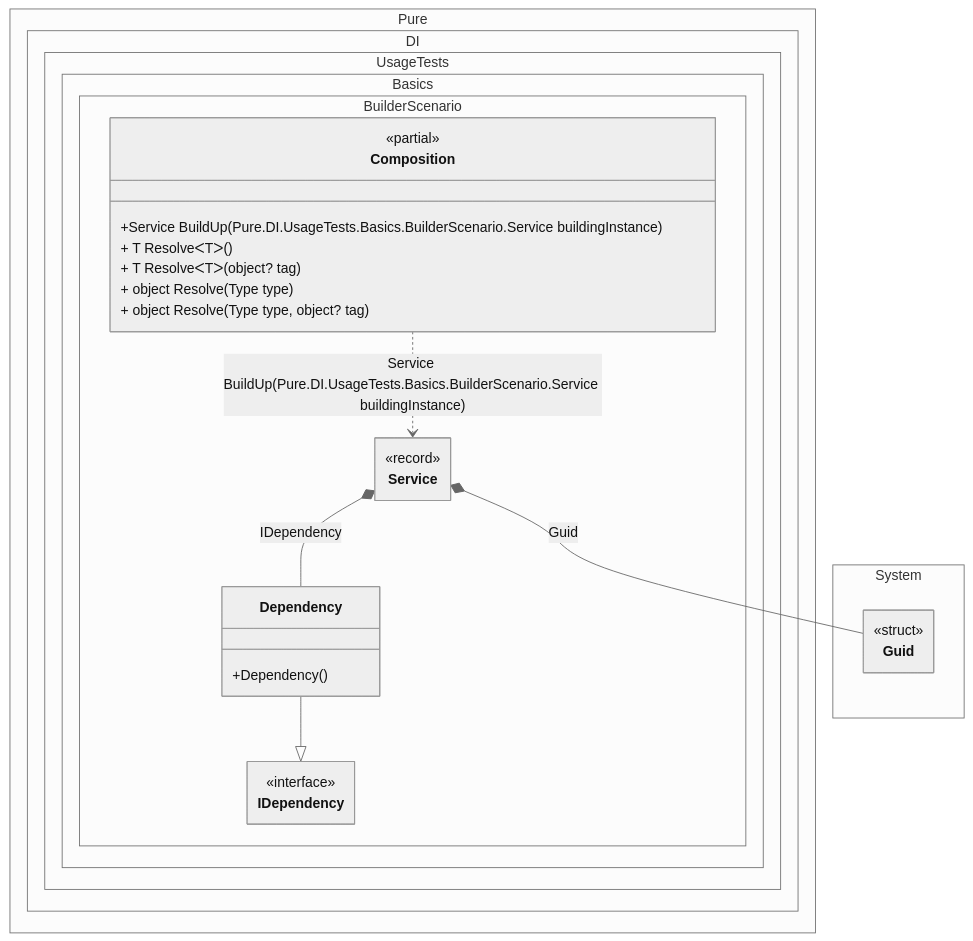
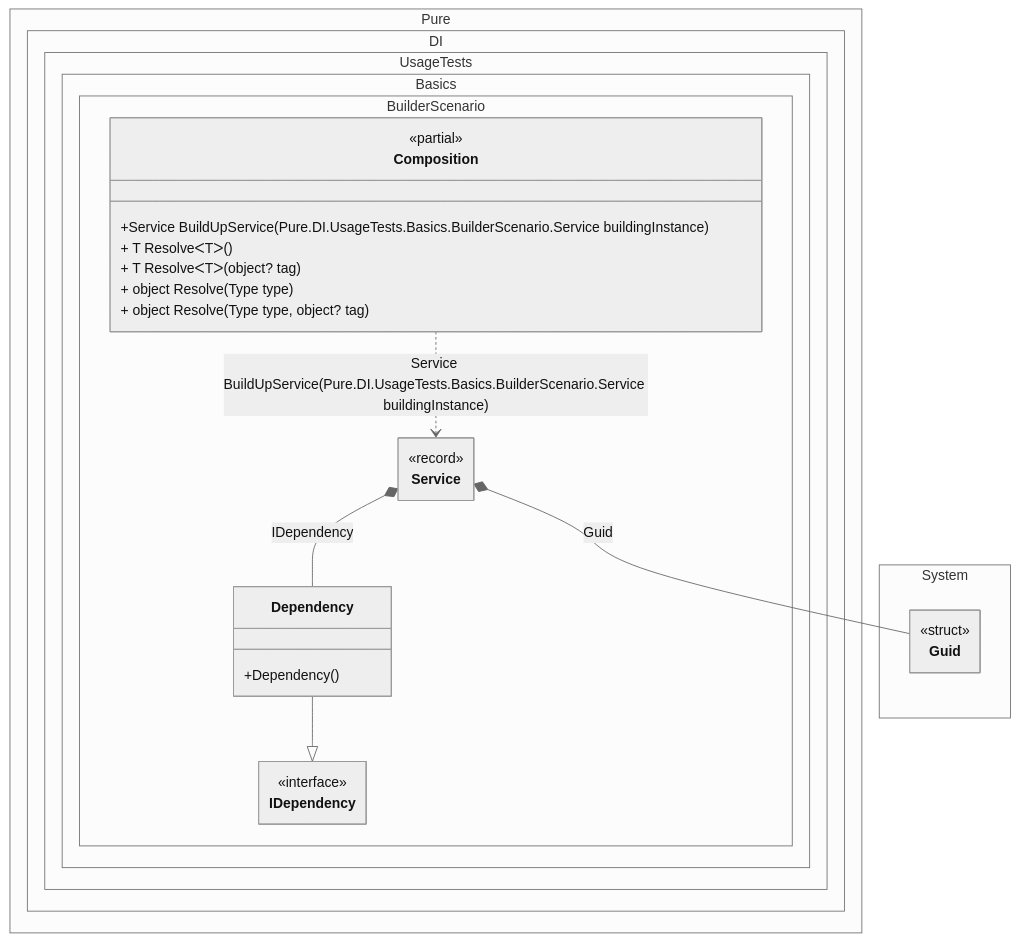
One commit to DevTeam/Pure.DI changed the diagram in readme/builders.md. Above: the diagram before and after it, drawn with Mermaid (neutral theme). The commit also changed other lines of this file and 3 other files, not shown here.

````diff
--- a/readme/builders.md
+++ b/readme/builders.md
@@ -154,36 +153,36 @@
 ```mermaid
 ---
  config:
   class:
    hideEmptyMembersBox: true
 ---
 classDiagram
 	Dependency --|> IDependency
-	Composition ..> Service : Service BuildUp(Pure.DI.UsageTests.Basics.BuilderScenario.Service buildingInstance)
+	Composition ..> Service : Service BuildUpService(Pure.DI.UsageTests.Basics.BuilderScenario.Service buildingInstance)
 	Service *--  Dependency : IDependency
 	Service *--  Guid : Guid
 	namespace Pure.DI.UsageTests.Basics.BuilderScenario {
 		class Composition {
 		<<partial>>
-		+Service BuildUp(Pure.DI.UsageTests.Basics.BuilderScenario.Service buildingInstance)
+		+Service BuildUpService(Pure.DI.UsageTests.Basics.BuilderScenario.Service buildingInstance)
 		+ T ResolveᐸTᐳ()
 		+ T ResolveᐸTᐳ(object? tag)
 		+ object Resolve(Type type)
 		+ object Resolve(Type type, object? tag)
 		}
 		class Dependency {
 			+Dependency()
 		}
 		class IDependency {
 			<<interface>>
 		}
 		class Service {
 			<<record>>
 		}
 	}
 	namespace System {
 		class Guid {
 				<<struct>>
 		}
 	}
 ```
````
